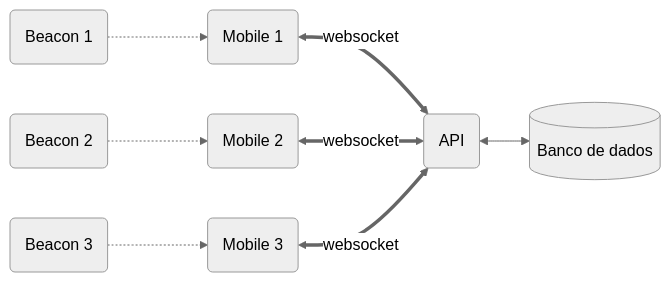
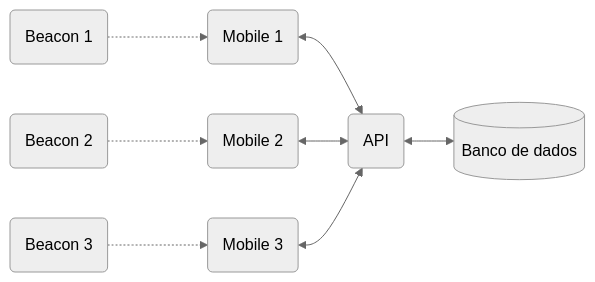
Before and after one commit to DSM-FATEC/fatec_dsm_pi_quinto_semestre: the second of 5 diagrams in docs/diagramas.md, drawn with Mermaid (neutral theme). The commit also changed other lines of this file, not shown here.

Commit message:
feat: adiciona novos diagramas

````diff
--- a/docs/diagramas.md
+++ b/docs/diagramas.md
@@ -28,20 +28,20 @@
 ```mermaid
 flowchart LR
     b1(Beacon 1)
     b2(Beacon 2)
     b3(Beacon 3)
     mob1(Mobile 1)
     mob2(Mobile 2)
     mob3(Mobile 3)
     api(API)
     bd[(Banco de dados)]
 
-    mob1 <== websocket ==> api
-    mob2 <== websocket ==> api
-    mob3 <== websocket ==> api
+    mob1 <--> api
+    mob2 <--> api
+    mob3 <--> api
     api <--> bd
 
     b1 -..-> mob1
     b2 -..-> mob2
     b3 -..-> mob3
 ```
````
